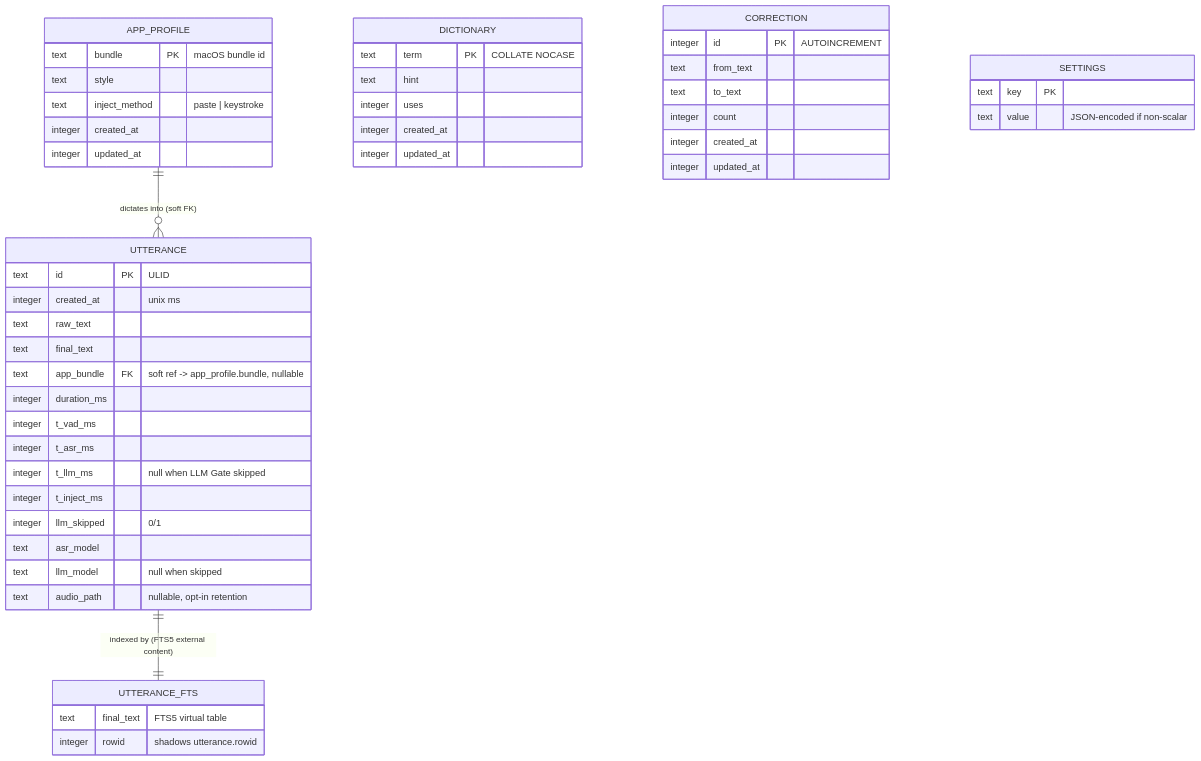
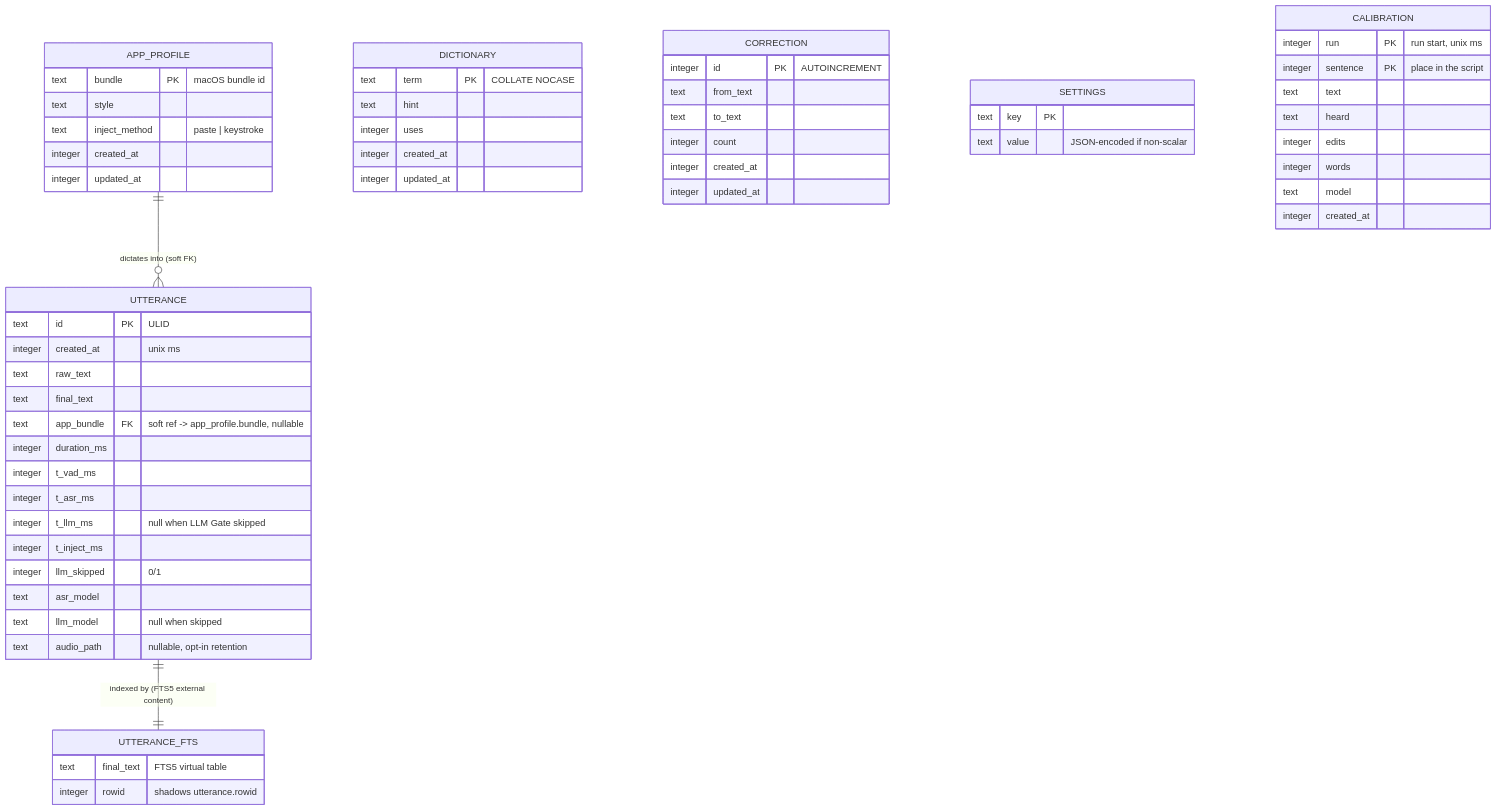
The diagram in docs/DATABASE.md (NirjharBhattacharjee/mockingbird), drawn with Mermaid before and after one commit. The commit also changed other lines of this file and 20 other files, not shown here.

````diff
--- a/docs/DATABASE.md
+++ b/docs/DATABASE.md
@@ -62,52 +64,62 @@
 ```mermaid
 erDiagram
     APP_PROFILE ||--o{ UTTERANCE : "dictates into (soft FK)"
     UTTERANCE ||--|| UTTERANCE_FTS : "indexed by (FTS5 external content)"
 
     UTTERANCE {
         text id PK "ULID"
         integer created_at "unix ms"
         text raw_text
         text final_text
         text app_bundle FK "soft ref -> app_profile.bundle, nullable"
         integer duration_ms
         integer t_vad_ms
         integer t_asr_ms
         integer t_llm_ms "null when LLM Gate skipped"
         integer t_inject_ms
         integer llm_skipped "0/1"
         text asr_model
         text llm_model "null when skipped"
         text audio_path "nullable, opt-in retention"
     }
     UTTERANCE_FTS {
         text final_text "FTS5 virtual table"
         integer rowid "shadows utterance.rowid"
     }
     DICTIONARY {
         text term PK "COLLATE NOCASE"
         text hint
         integer uses
         integer created_at
         integer updated_at
     }
     APP_PROFILE {
         text bundle PK "macOS bundle id"
         text style
         text inject_method "paste | keystroke"
         integer created_at
         integer updated_at
     }
     CORRECTION {
         integer id PK "AUTOINCREMENT"
         text from_text
         text to_text
         integer count
         integer created_at
         integer updated_at
     }
     SETTINGS {
         text key PK
         text value "JSON-encoded if non-scalar"
     }
+    CALIBRATION {
+        integer run PK "run start, unix ms"
+        integer sentence PK "place in the script"
+        text text
+        text heard
+        integer edits
+        integer words
+        text model
+        integer created_at
+    }
 ```
````
